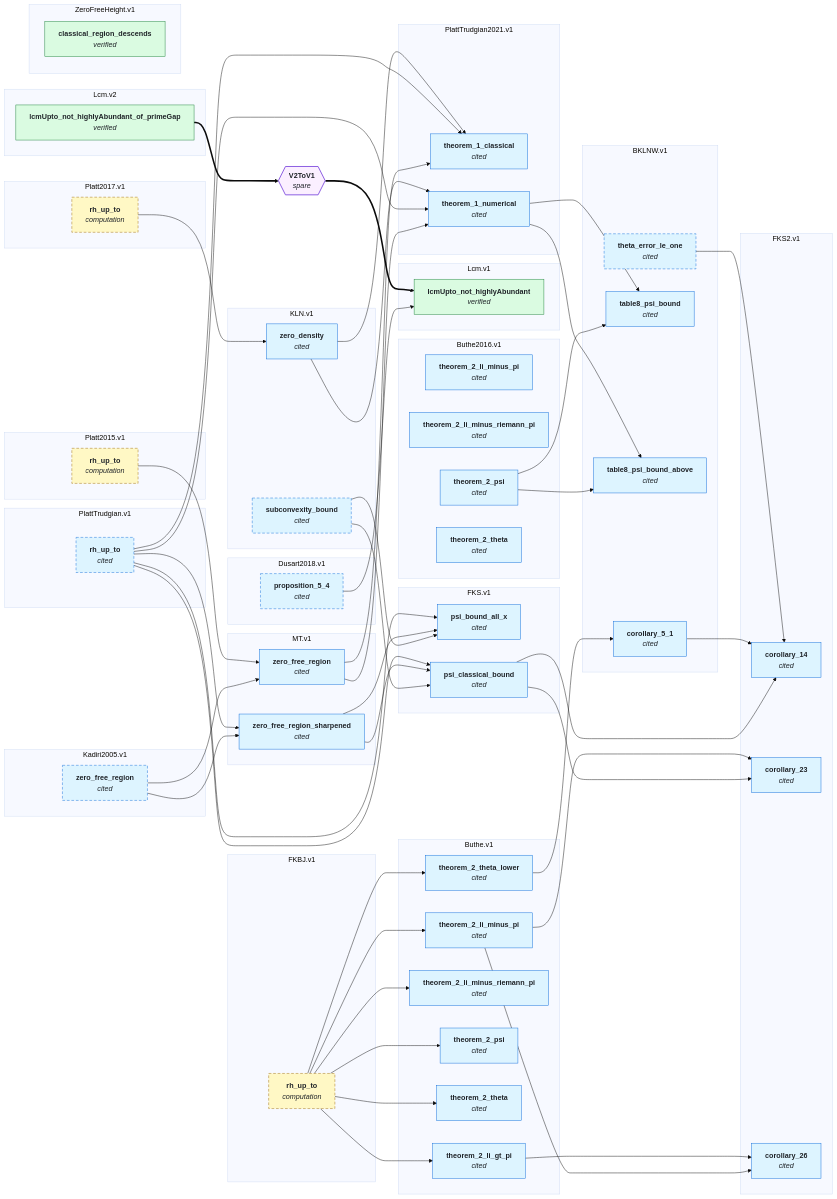
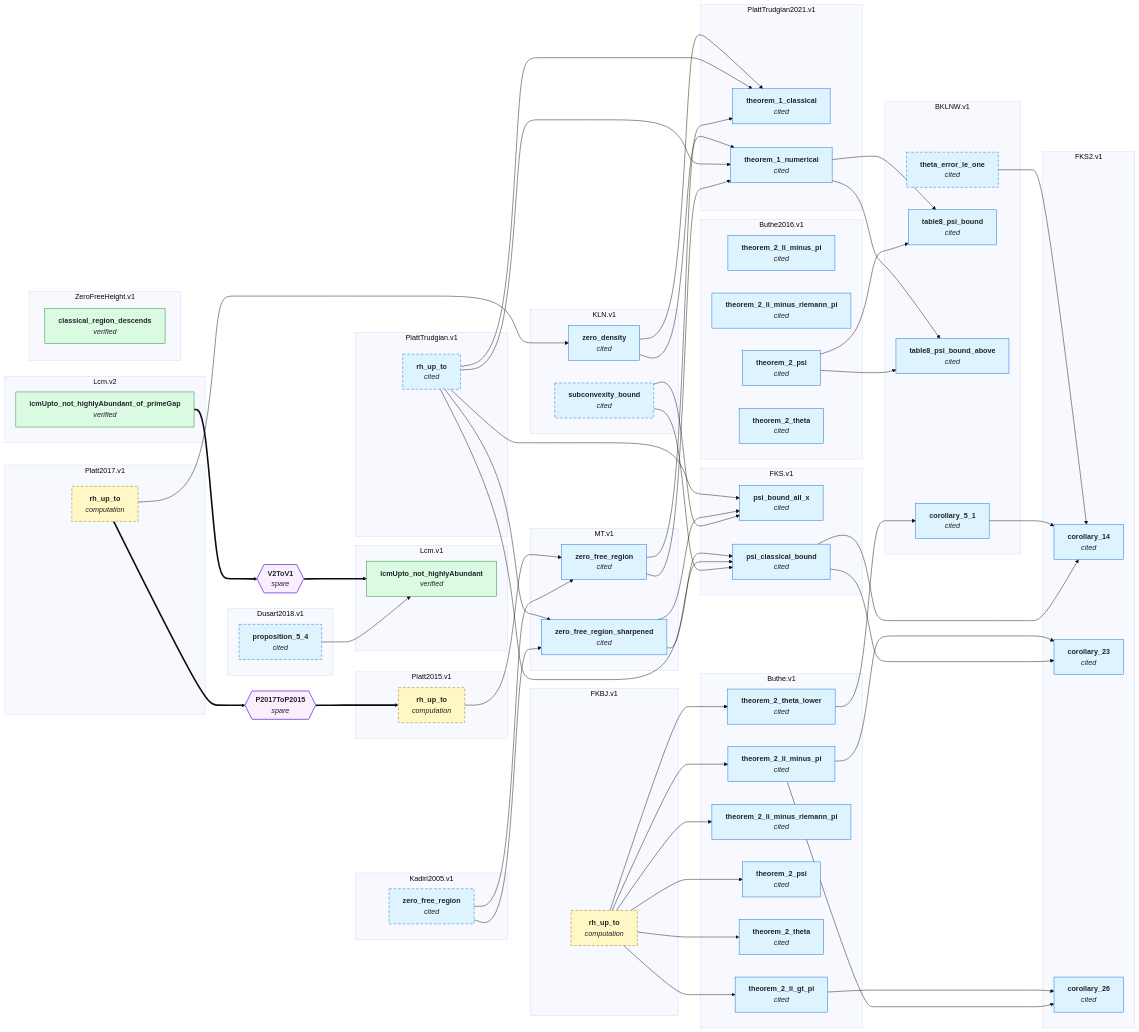
The second of 2 diagrams in GRAPH.md (teorth/IEANTN), drawn with Mermaid (base theme) before and after one commit. The commit also changed other lines of this file and 7 other files, not shown here.

```diff
--- a/GRAPH.md
+++ b/GRAPH.md
@@ -228,6 +229,9 @@
   BRLcm_v1_lcmUpto_not_highlyAbundant__bridge_from_v2{{"<b>V2ToV1</b><br/><i>spare</i>"}}
   Lcm_v2_lcmUpto_not_highlyAbundant_of_primeGap ==> BRLcm_v1_lcmUpto_not_highlyAbundant__bridge_from_v2
   BRLcm_v1_lcmUpto_not_highlyAbundant__bridge_from_v2 ==> Lcm_v1_lcmUpto_not_highlyAbundant
+  BRPlatt2015_v1_rh_up_to__bridge_from_platt2017{{"<b>P2017ToP2015</b><br/><i>spare</i>"}}
+  Platt2017_v1_rh_up_to ==> BRPlatt2015_v1_rh_up_to__bridge_from_platt2017
+  BRPlatt2015_v1_rh_up_to__bridge_from_platt2017 ==> Platt2015_v1_rh_up_to
   style BKLNW_v1_theta_error_le_one stroke-dasharray: 6 4;
   style Dusart2018_v1_proposition_5_4 stroke-dasharray: 6 4;
   style FKBJ_v1_rh_up_to stroke-dasharray: 6 4;
@@ -243,7 +247,7 @@
   classDef bridged fill:#fbefff,stroke:#8250df,color:#1f2328;
   classDef none_yet fill:#ffebe9,stroke:#cf222e,color:#1f2328;
   classDef bridge fill:#fbefff,stroke:#8250df,color:#1f2328,stroke-width:2px;
-  class BRLcm_v1_lcmUpto_not_highlyAbundant__bridge_from_v2 bridge;
+  class BRLcm_v1_lcmUpto_not_highlyAbundant__bridge_from_v2,BRPlatt2015_v1_rh_up_to__bridge_from_platt2017 bridge;
   class Lcm_v1_lcmUpto_not_highlyAbundant,Lcm_v2_lcmUpto_not_highlyAbundant_of_primeGap,ZeroFreeHeight_v1_classical_region_descends lean_comparator;
   class BKLNW_v1_corollary_5_1,BKLNW_v1_table8_psi_bound,BKLNW_v1_table8_psi_bound_above,BKLNW_v1_theta_error_le_one,Buthe_v1_theorem_2_li_gt_pi,Buthe_v1_theorem_2_li_minus_pi,Buthe_v1_theorem_2_li_minus_riemann_pi,Buthe_v1_theorem_2_psi,Buthe_v1_theorem_2_theta,Buthe_v1_theorem_2_theta_lower,Buthe2016_v1_theorem_2_li_minus_pi,Buthe2016_v1_theorem_2_li_minus_riemann_pi,Buthe2016_v1_theorem_2_psi,Buthe2016_v1_theorem_2_theta,Dusart2018_v1_proposition_5_4,FKS_v1_psi_bound_all_x,FKS_v1_psi_classical_bound,FKS2_v1_corollary_14,FKS2_v1_corollary_23,FKS2_v1_corollary_26,KLN_v1_subconvexity_bound,KLN_v1_zero_density,Kadiri2005_v1_zero_free_region,MT_v1_zero_free_region,MT_v1_zero_free_region_sharpened,PlattTrudgian_v1_rh_up_to,PlattTrudgian2021_v1_theorem_1_classical,PlattTrudgian2021_v1_theorem_1_numerical literature;
   class FKBJ_v1_rh_up_to,Platt2015_v1_rh_up_to,Platt2017_v1_rh_up_to numerical;
```
